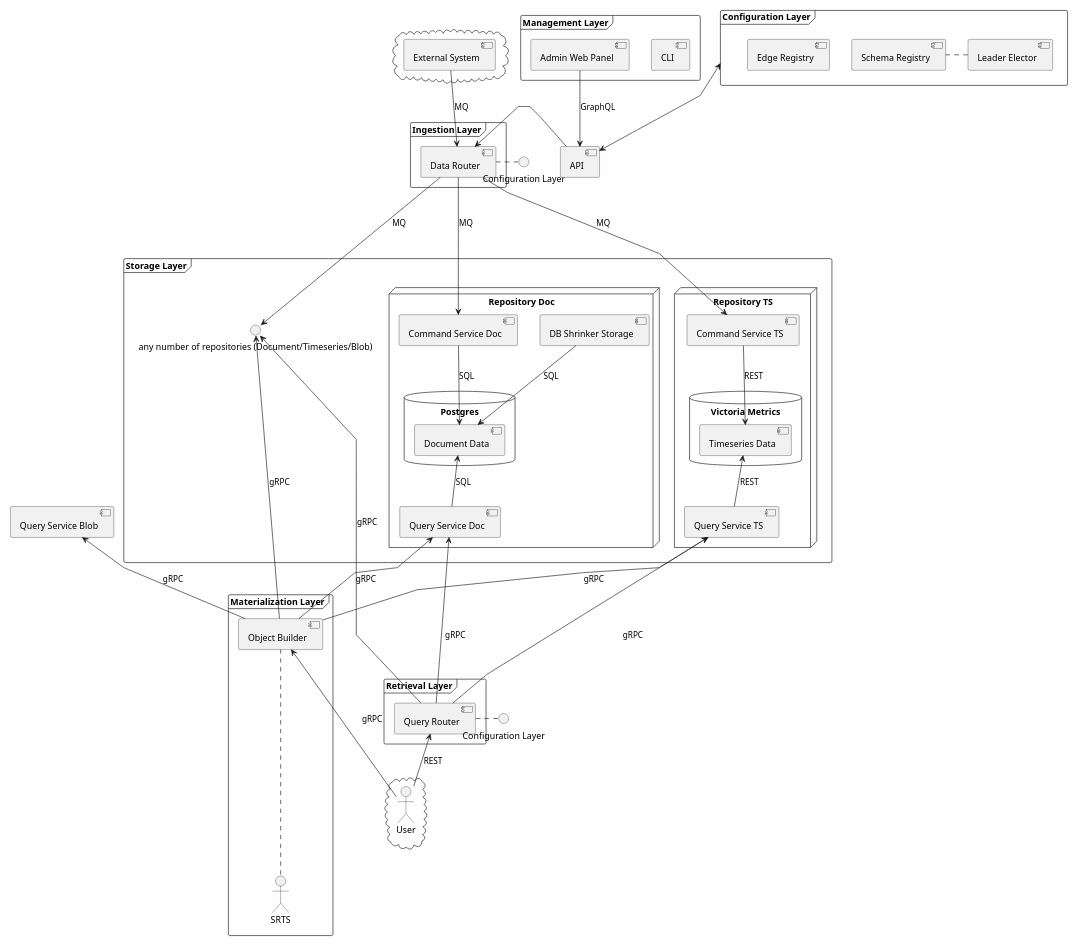
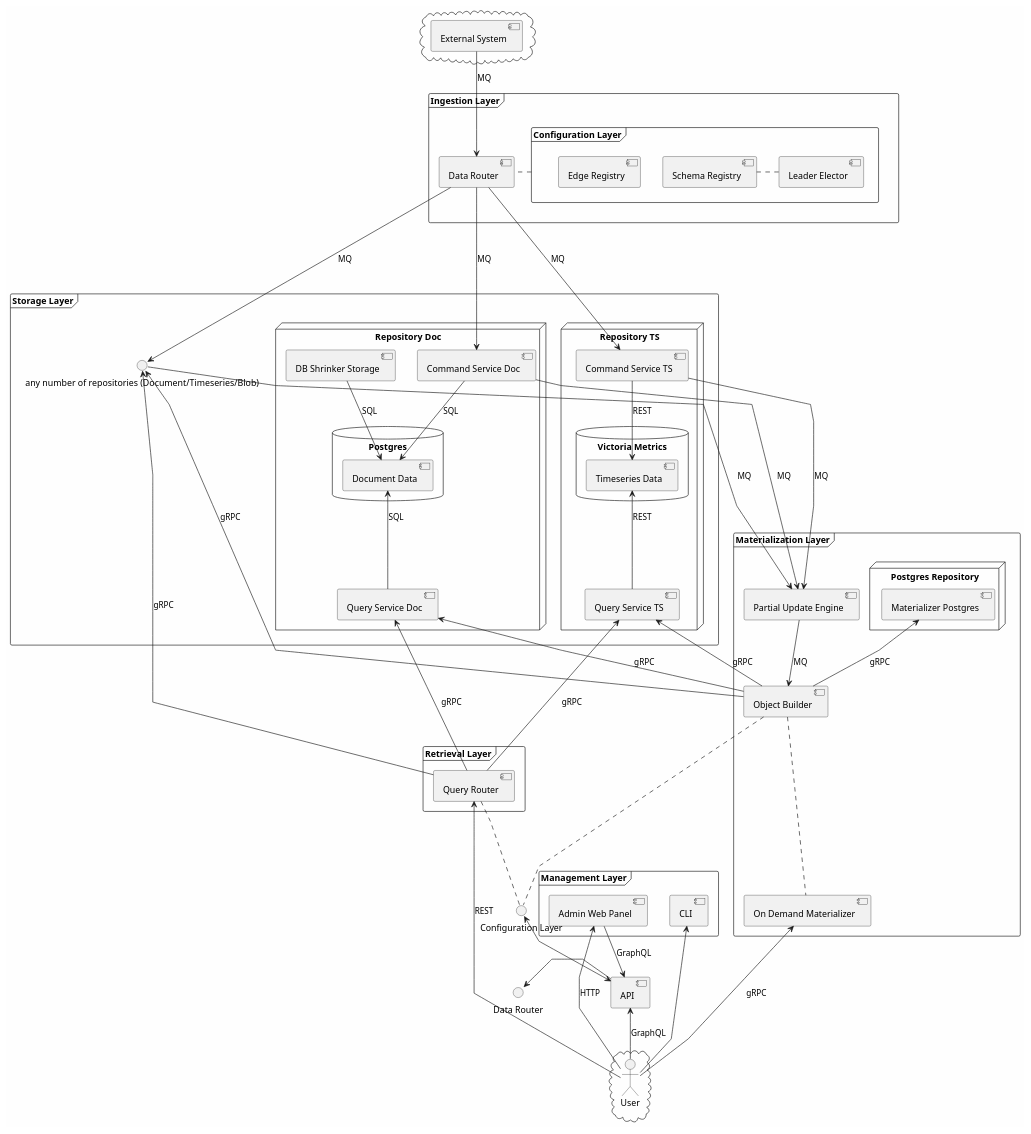
One commit to epiphany-platform/CommonDataLayer changed the diagram in docs/architecture/graphs/cdl.puml. Above: the diagram before and after it, drawn with PlantUML. The commit also changed 8 other files, not shown here.

Commit message:
Fix comments, add documentation to INDEX and SUMMARY, update API, update CDL graph

```diff
--- a/docs/architecture/graphs/cdl.puml
+++ b/docs/architecture/graphs/cdl.puml
@@ -1,89 +1,100 @@
 @startuml
 skinparam linetype polyline
 skinparam backgroundColor #FEFEFE
 skinparam transparent false
 
-interface "Configuration Layer" as ConfIn
 interface "Configuration Layer" as ConfOut
+interface "Data Router" as DROut
 
 cloud {
   [External System]
 }
 
 frame "Management Layer" {
     [CLI]
     [Admin Web Panel]
 }
 
-[API] <-up-> [Configuration Layer]
+[API] <-up-> ConfOut
 
 frame "Ingestion Layer" {
-  API -left--> [Data Router]
-  [Data Router] -left--. ConfIn
+  API -left--> DROut
+  [Data Router] -left--. [Configuration Layer]
 }
 
 frame "Configuration Layer" {
   [Schema Registry]
   [Leader Elector] -left--. [Schema Registry]
   [Edge Registry]
 }
 
 frame "Storage Layer" {
     node "Repository Doc" {
       [Command Service Doc]
 
       database "Postgres" {
         [Document Data]
       }
 
       [DB Shrinker Storage]
 
       [Query Service Doc]
     }
 
     node "Repository TS" {
       [Command Service TS]
 
       database "Victoria Metrics" {
         [Timeseries Data]
       }
 
       [Query Service TS]
     }
 
 
     () "any number of repositories (Document/Timeseries/Blob)" as ANY
 }
 
 frame "Materialization Layer" {
-    [Object Builder] -down--. SRTS
+    [Partial Update Engine] -down-> [Object Builder]: MQ
+    [Object Builder] -down--. ConfOut
+    node "Postgres Repository" {
+        [Materializer Postgres]
+    }
+    [On Demand Materializer] -up--. [Object Builder]
 }
 
 frame "Retrieval Layer" {
   [Query Router] -right-. ConfOut
 }
 
 cloud {
   actor User
 }
 
 [Admin Web Panel] -down-> [API] : GraphQL
 [External System] -down-> [Data Router] : MQ
 [Data Router] -down--> [Command Service Doc] : MQ
 [Data Router] -down-> [Command Service TS] : MQ
 [Data Router] -down-> ANY : MQ
 [Command Service Doc] -down-> [Document Data] : SQL
 [Command Service TS] -down-> [Timeseries Data] : REST
+[Command Service Doc] -down-> [Partial Update Engine]: MQ
+[Command Service TS] -down-> [Partial Update Engine]: MQ
+ANY -down-> [Partial Update Engine]: MQ
 [DB Shrinker Storage] -down-> [Document Data] : SQL
 [Query Service Doc] -up-> [Document Data] : SQL
 [Query Service TS] -up-> [Timeseries Data] : REST
 [Query Router] -up--> [Query Service Doc] : gRPC
 [Query Router] -up-> [Query Service TS] : gRPC
 [Query Router] -up-> ANY : gRPC
 [Object Builder] -up-> [Query Service Doc]: gRPC
 [Object Builder] -up-> [Query Service TS]: gRPC
-[Object Builder] -up-> [Query Service Blob]: gRPC
 [Object Builder] -up-> ANY : gRPC
+[Object Builder] -up-> [Materializer Postgres]: gRPC
 User -up-> [Query Router] : REST
-User -up-> [Object Builder]: gRPC
+User -up-> [On Demand Materializer]: gRPC
+User -up-> [Admin Web Panel]: HTTP
+User -up-> [API]: GraphQL
+User -up-> [CLI]
 @enduml
```
